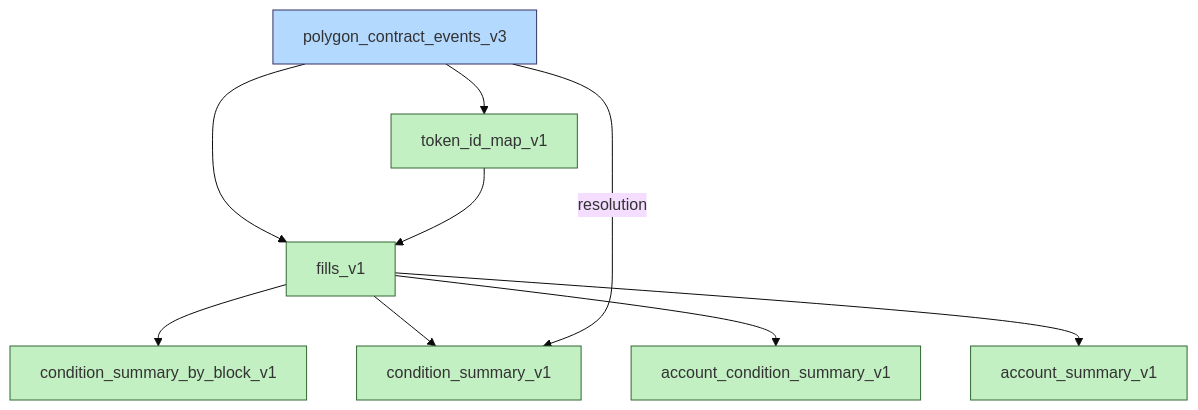
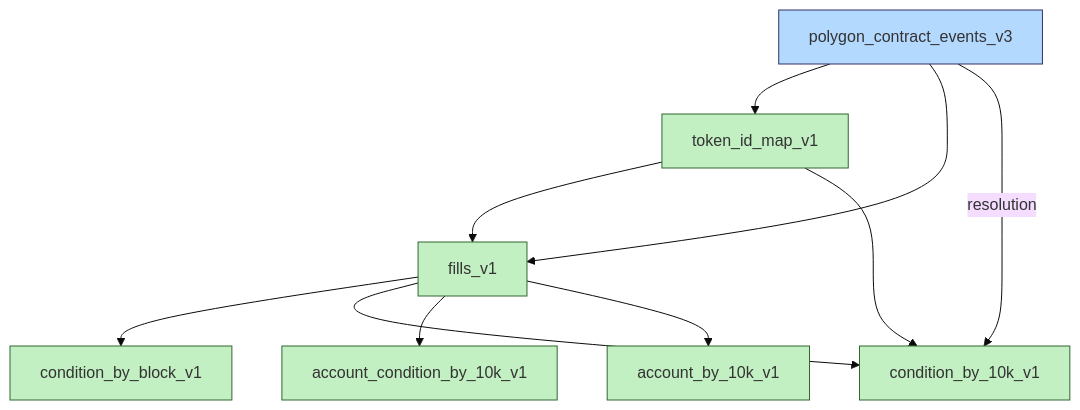
One commit to fulldecent/polymarket-quant-desk changed the diagram in docs/Data catalog.md. Above: the diagram before and after it, drawn with Mermaid (base theme). The commit also changed other lines of this file and 38 other files, not shown here.

````diff
--- a/docs/Data catalog.md
+++ b/docs/Data catalog.md
@@ -9,17 +9,18 @@
 ```mermaid
 graph TD
     polygon_contract_events_v3 --> token_id_map_v1
     polygon_contract_events_v3 --> fills_v1
     token_id_map_v1 --> fills_v1
-    fills_v1 --> condition_summary_by_block_v1
-    fills_v1 --> condition_summary_v1
-    polygon_contract_events_v3 --resolution--> condition_summary_v1
-    fills_v1 --> account_condition_summary_v1
-    fills_v1 --> account_summary_v1
+    fills_v1 --> condition_by_block_v1
+    fills_v1 --> condition_by_10k_v1
+    polygon_contract_events_v3 --resolution--> condition_by_10k_v1
+    token_id_map_v1 --> condition_by_10k_v1
+    fills_v1 --> account_condition_by_10k_v1
+    fills_v1 --> account_by_10k_v1
 
     classDef raw fill:#b3d9ff,stroke:#336
     classDef immutable fill:#c2f0c2,stroke:#363
 
     class polygon_contract_events_v3 raw
-    class token_id_map_v1,fills_v1,condition_summary_by_block_v1,condition_summary_v1,account_condition_summary_v1,account_summary_v1 immutable
+    class token_id_map_v1,fills_v1,condition_by_block_v1,condition_by_10k_v1,account_condition_by_10k_v1,account_by_10k_v1 immutable
 ```
````
